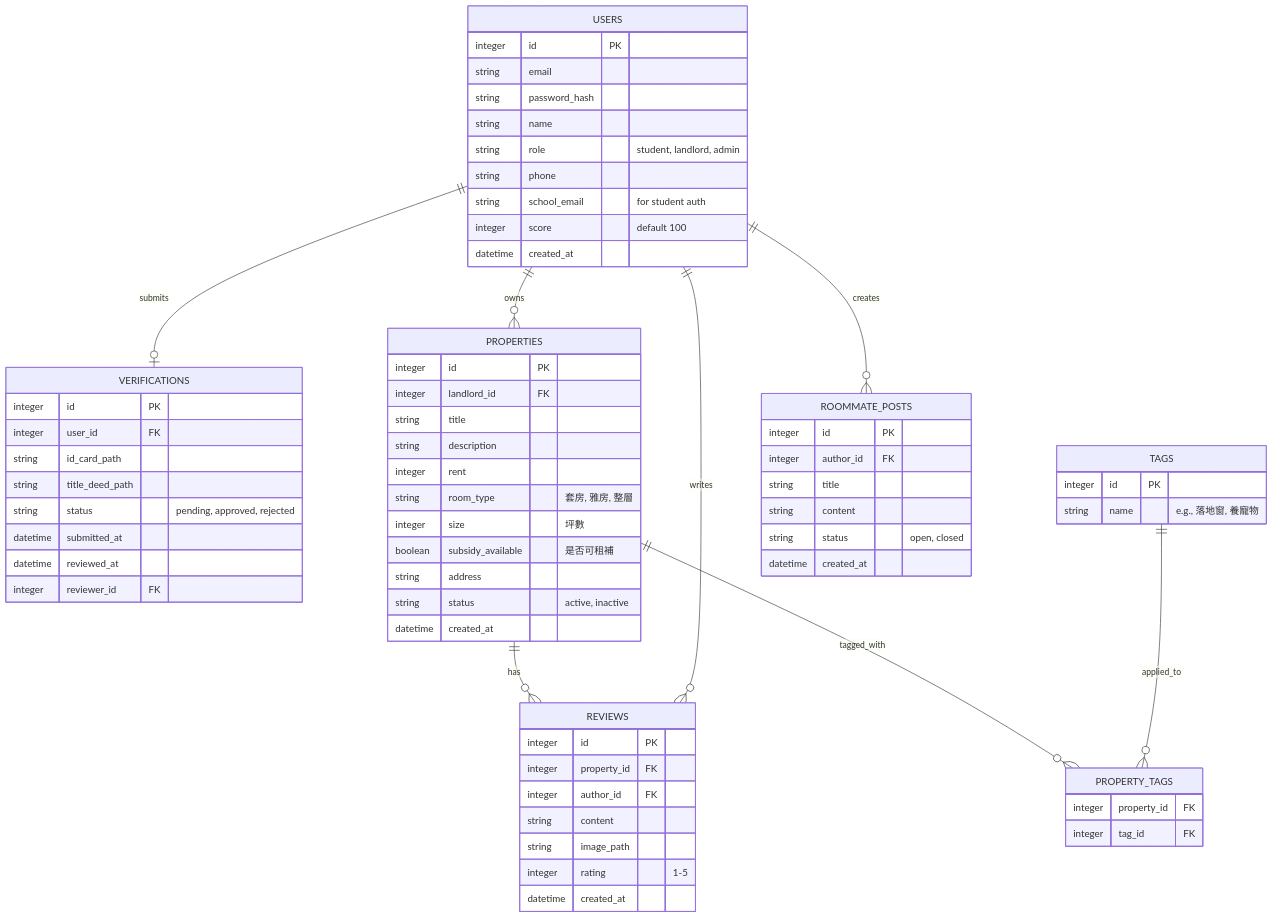
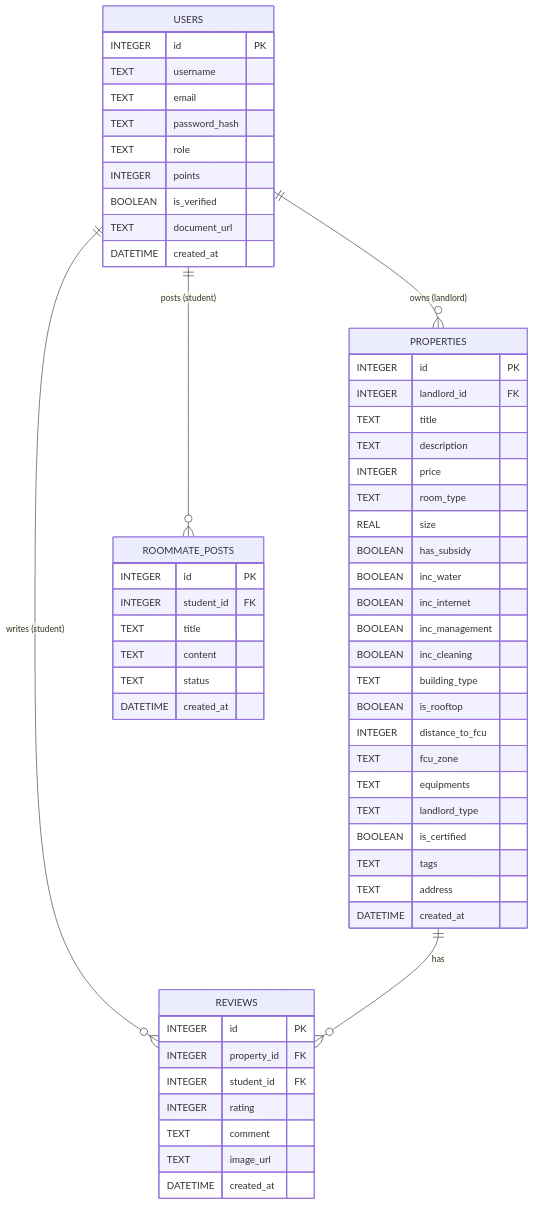
Before and after one commit to d144258960805/rent_app: the diagram in docs/DB_DESIGN.md, drawn with Mermaid. The commit also changed other lines of this file and 20 other files, not shown here.

````diff
--- a/docs/DB_DESIGN.md
+++ b/docs/DB_DESIGN.md
@@ -11,76 +5,63 @@
 ```mermaid
 erDiagram
     USERS {
-        integer id PK
-        string email
-        string password_hash
-        string name
-        string role "student, landlord, admin"
-        string phone
-        string school_email "for student auth"
-        integer score "default 100"
-        datetime created_at
+        INTEGER id PK
+        TEXT username
+        TEXT email
+        TEXT password_hash
+        TEXT role
+        INTEGER points
+        BOOLEAN is_verified
+        TEXT document_url
+        DATETIME created_at
+    }
+    
+    PROPERTIES {
+        INTEGER id PK
+        INTEGER landlord_id FK
+        TEXT title
+        TEXT description
+        INTEGER price
+        TEXT room_type
+        REAL size
+        BOOLEAN has_subsidy
+        BOOLEAN inc_water
+        BOOLEAN inc_internet
+        BOOLEAN inc_management
+        BOOLEAN inc_cleaning
+        TEXT building_type
+        BOOLEAN is_rooftop
+        INTEGER distance_to_fcu
+        TEXT fcu_zone
+        TEXT equipments
+        TEXT landlord_type
+        BOOLEAN is_certified
+        TEXT tags
+        TEXT address
+        DATETIME created_at
+    }
+    
+    REVIEWS {
+        INTEGER id PK
+        INTEGER property_id FK
+        INTEGER student_id FK
+        INTEGER rating
+        TEXT comment
+        TEXT image_url
+        DATETIME created_at
+    }
+    
+    ROOMMATE_POSTS {
+        INTEGER id PK
+        INTEGER student_id FK
+        TEXT title
+        TEXT content
+        TEXT status
+        DATETIME created_at
     }
 
-    VERIFICATIONS {
-        integer id PK
-        integer user_id FK
-        string id_card_path
-        string title_deed_path
-        string status "pending, approved, rejected"
-        datetime submitted_at
-        datetime reviewed_at
-        integer reviewer_id FK
-    }
-
-    PROPERTIES {
-        integer id PK
-        integer landlord_id FK
-        string title
-        string description
-        integer rent
-        string room_type "套房, 雅房, 整層"
-        integer size "坪數"
-        boolean subsidy_available "是否可租補"
-        string address
-        string status "active, inactive"
-        datetime created_at
-    }
-
-    TAGS {
-        integer id PK
-        string name "e.g., 落地窗, 養寵物"
-    }
-
-    PROPERTY_TAGS {
-        integer property_id FK
-        integer tag_id FK
-    }
-
-    REVIEWS {
-        integer id PK
-        integer property_id FK
-        integer author_id FK
-        string content
-        string image_path
-        integer rating "1-5"
-        datetime created_at
-    }
-
-    ROOMMATE_POSTS {
-        integer id PK
-        integer author_id FK
-        string title
-        string content
-        string status "open, closed"
-        datetime created_at
-    }
-
-    USERS ||--o| VERIFICATIONS : "submits"
-    USERS ||--o{ PROPERTIES : "owns"
+    USERS ||--o{ PROPERTIES : "owns (landlord)"
+    USERS ||--o{ REVIEWS : "writes (student)"
     PROPERTIES ||--o{ REVIEWS : "has"
-    USERS ||--o{ REVIEWS : "writes"
-    PROPERTIES ||--o{ PROPERTY_TAGS : "tagged_with"
-    TAGS ||--o{ PROPERTY_TAGS : "applied_to"
-    USERS ||--o{ ROOMMATE_POSTS : "creates"
+    USERS ||--o{ ROOMMATE_POSTS : "posts (student)"
 ```
````
